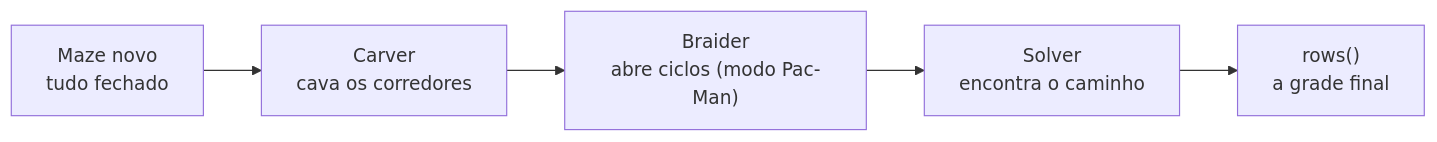
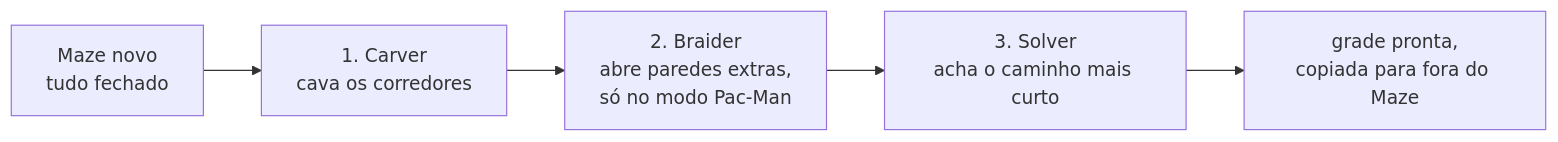
One commit to navegar-sistemas/dojo changed the diagram in python/a-maze-ing/tutorial/docs/05-maze/01-a-grade-de-paredes.md. Above: the diagram before and after it, drawn with Mermaid. The commit also changed other lines of this file and 205 other files, not shown here.

````diff
--- a/python/a-maze-ing/tutorial/docs/05-maze/01-a-grade-de-paredes.md
+++ b/python/a-maze-ing/tutorial/docs/05-maze/01-a-grade-de-paredes.md
@@ -14,7 +19,7 @@
 ```mermaid
 flowchart LR
-    novo["Maze novo<br/>tudo fechado"] --> carver["Carver<br/>cava os corredores"]
-    carver --> braider["Braider<br/>abre ciclos (modo Pac-Man)"]
-    braider --> solver["Solver<br/>encontra o caminho"]
-    solver --> rows["rows()<br/>a grade final"]
+    novo["Maze novo<br/>tudo fechado"] --> carver["1. Carver<br/>cava os corredores"]
+    carver --> braider["2. Braider<br/>abre paredes extras,<br/>só no modo Pac-Man"]
+    braider --> solver["3. Solver<br/>acha o caminho mais curto"]
+    solver --> pronto["grade pronta,<br/>copiada para fora do Maze"]
 ```
````
